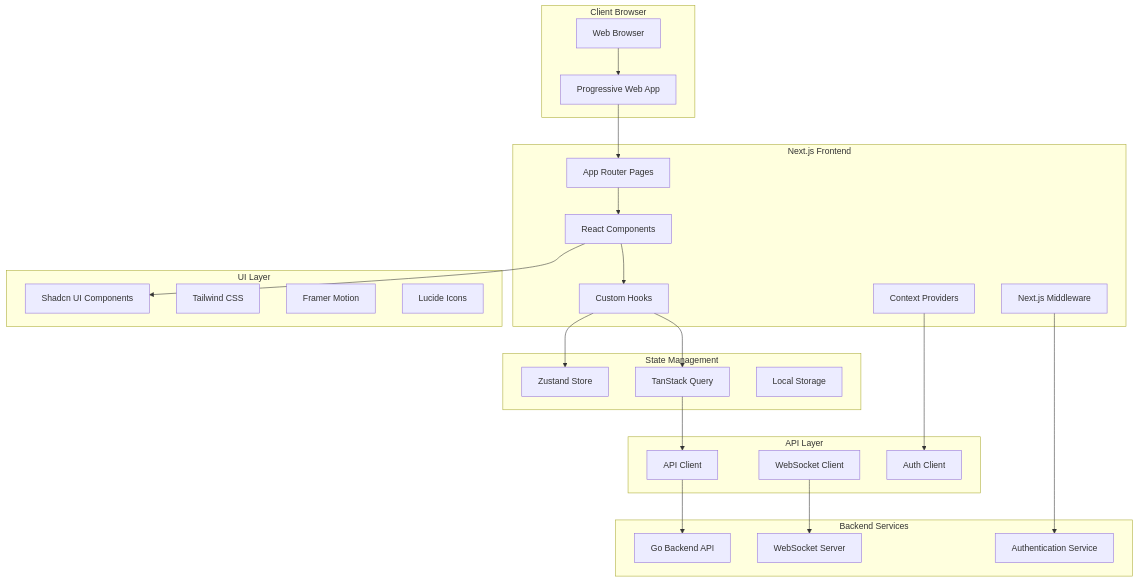
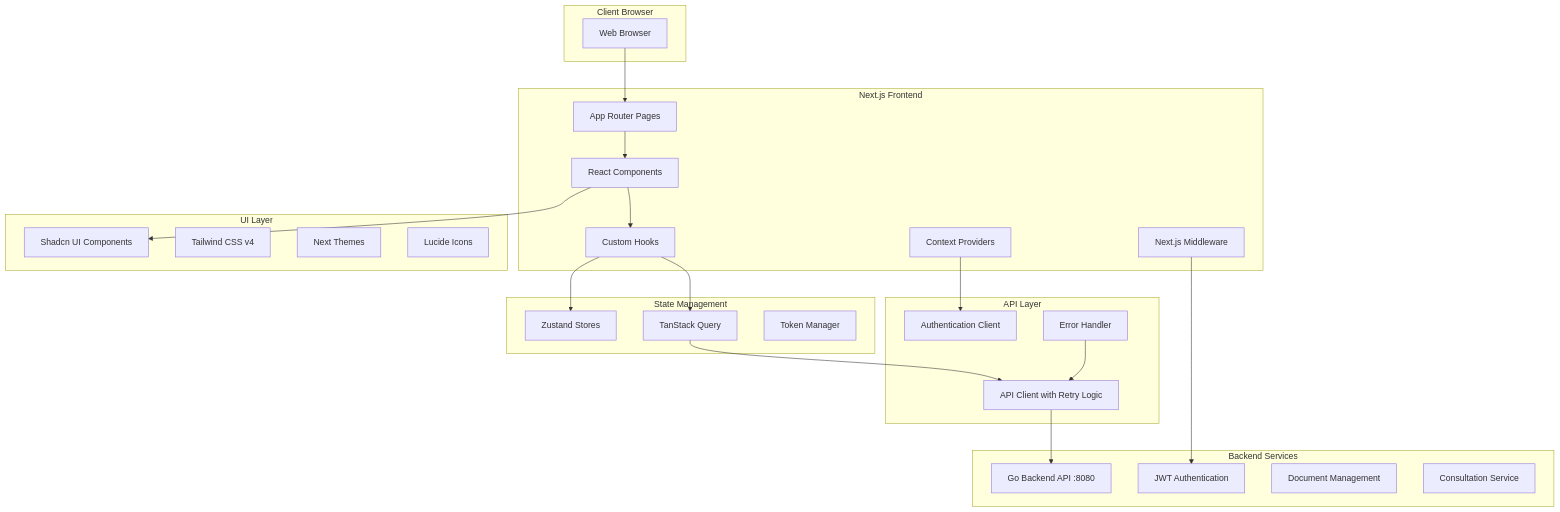
The first of 2 diagrams in .kiro/specs/frontend/design.md (MatthewTran22/KiroHack), drawn with Mermaid before and after one commit. The commit also changed other lines of this file and 2 other files, not shown here.

````diff
--- a/.kiro/specs/frontend/design.md
+++ b/.kiro/specs/frontend/design.md
@@ -13,53 +26,52 @@
 ```mermaid
 graph TB
     subgraph "Client Browser"
         BROWSER[Web Browser]
-        PWA[Progressive Web App]
     end
     
     subgraph "Next.js Frontend"
         PAGES[App Router Pages]
         COMPONENTS[React Components]
         HOOKS[Custom Hooks]
-        CONTEXT[Context Providers]
+        PROVIDERS[Context Providers]
         MIDDLEWARE[Next.js Middleware]
     end
     
     subgraph "State Management"
-        ZUSTAND[Zustand Store]
+        ZUSTAND[Zustand Stores]
         REACT_QUERY[TanStack Query]
-        LOCAL_STORAGE[Local Storage]
+        TOKEN_MANAGER[Token Manager]
     end
     
     subgraph "UI Layer"
         SHADCN[Shadcn UI Components]
-        TAILWIND[Tailwind CSS]
-        FRAMER[Framer Motion]
+        TAILWIND[Tailwind CSS v4]
+        THEMES[Next Themes]
         ICONS[Lucide Icons]
     end
     
     subgraph "API Layer"
-        API_CLIENT[API Client]
-        WEBSOCKET[WebSocket Client]
-        AUTH_CLIENT[Auth Client]
+        API_CLIENT[API Client with Retry Logic]
+        AUTH_CLIENT[Authentication Client]
+        ERROR_HANDLER[Error Handler]
     end
     
     subgraph "Backend Services"
-        GO_API[Go Backend API]
-        WEBSOCKET_SERVER[WebSocket Server]
-        AUTH_SERVICE[Authentication Service]
+        GO_API[Go Backend API :8080]
+        AUTH_SERVICE[JWT Authentication]
+        DOCUMENT_SERVICE[Document Management]
+        CONSULTATION_SERVICE[Consultation Service]
     end
     
-    BROWSER --> PWA
-    PWA --> PAGES
+    BROWSER --> PAGES
     PAGES --> COMPONENTS
     COMPONENTS --> HOOKS
     COMPONENTS --> SHADCN
     HOOKS --> ZUSTAND
     HOOKS --> REACT_QUERY
-    CONTEXT --> AUTH_CLIENT
+    PROVIDERS --> AUTH_CLIENT
     MIDDLEWARE --> AUTH_SERVICE
     API_CLIENT --> GO_API
-    WEBSOCKET --> WEBSOCKET_SERVER
     REACT_QUERY --> API_CLIENT
+    ERROR_HANDLER --> API_CLIENT
 ```
````
